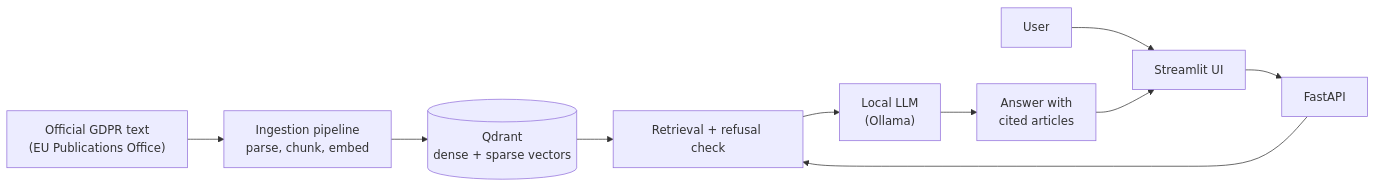
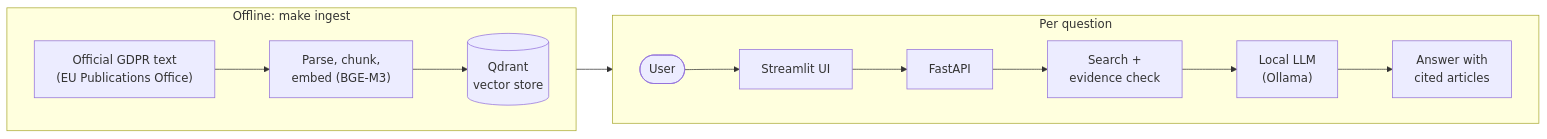
One commit to asmaelhadj/EuroLex-RAG changed the first of 3 diagrams in README.md. Above: the diagram before and after it, drawn with Mermaid.

Commit message:
Simplify the README overview diagram

````diff
--- a/README.md
+++ b/README.md
@@ -42,11 +42,12 @@
 ```mermaid
 flowchart LR
-    DOC["Official GDPR text<br/>(EU Publications Office)"] --> ING["Ingestion pipeline<br/>parse, chunk, embed"]
-    ING --> QD[("Qdrant<br/>dense + sparse vectors")]
-    USER["User"] --> UI["Streamlit UI"] --> API["FastAPI"]
-    API --> SE["Retrieval + refusal check"]
+    subgraph OFF["Offline: make ingest"]
+        direction LR
+        DOC["Official GDPR text<br/>(EU Publications Office)"] --> ING["Parse, chunk,<br/>embed (BGE-M3)"] --> QD[("Qdrant<br/>vector store")]
+    end
+    subgraph ON["Per question"]
+        direction LR
+        USER(["User"]) --> UI["Streamlit UI"] --> API["FastAPI"] --> SE["Search +<br/>evidence check"] --> LLM["Local LLM<br/>(Ollama)"] --> RESP["Answer with<br/>cited articles"]
+    end
     QD --> SE
-    SE --> LLM["Local LLM<br/>(Ollama)"]
-    LLM --> RESP["Answer with<br/>cited articles"]
-    RESP --> UI
 ```
````
